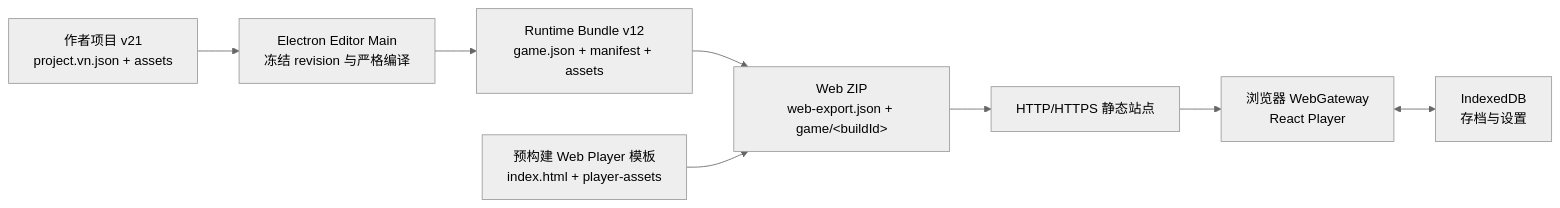
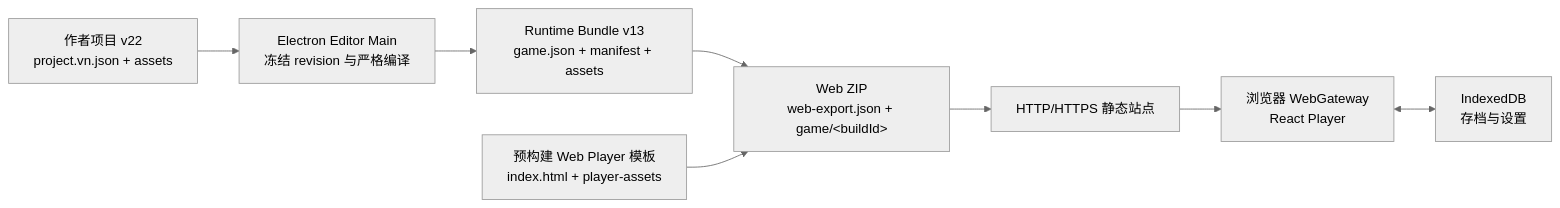
Before and after one commit to DarkboyRyan/Scratch-Novel-Engine: the first of 2 diagrams in docs/web-player-export.md, drawn with Mermaid (neutral theme). The commit also changed other lines of this file and 166 other files, not shown here.

````diff
--- a/docs/web-player-export.md
+++ b/docs/web-player-export.md
@@ -57,16 +58,16 @@
 ```mermaid
 flowchart LR
-  AUTHOR["作者项目 v21<br/>project.vn.json + assets"]
+  AUTHOR["作者项目 v22<br/>project.vn.json + assets"]
   EDITOR["Electron Editor Main<br/>冻结 revision 与严格编译"]
-  RUNTIME["Runtime Bundle v12<br/>game.json + manifest + assets"]
+  RUNTIME["Runtime Bundle v13<br/>game.json + manifest + assets"]
   TEMPLATE["预构建 Web Player 模板<br/>index.html + player-assets"]
   ZIP["Web ZIP<br/>web-export.json + game/&lt;buildId&gt;"]
   HOST["HTTP/HTTPS 静态站点"]
   WEB["浏览器 WebGateway<br/>React Player"]
   STORAGE["IndexedDB<br/>存档与设置"]
 
   AUTHOR --> EDITOR --> RUNTIME --> ZIP
   TEMPLATE --> ZIP
   ZIP --> HOST --> WEB
   WEB <--> STORAGE
 ```
````
